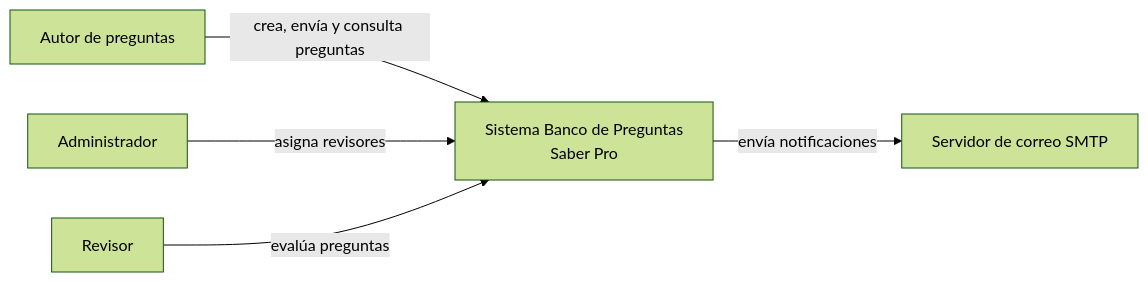
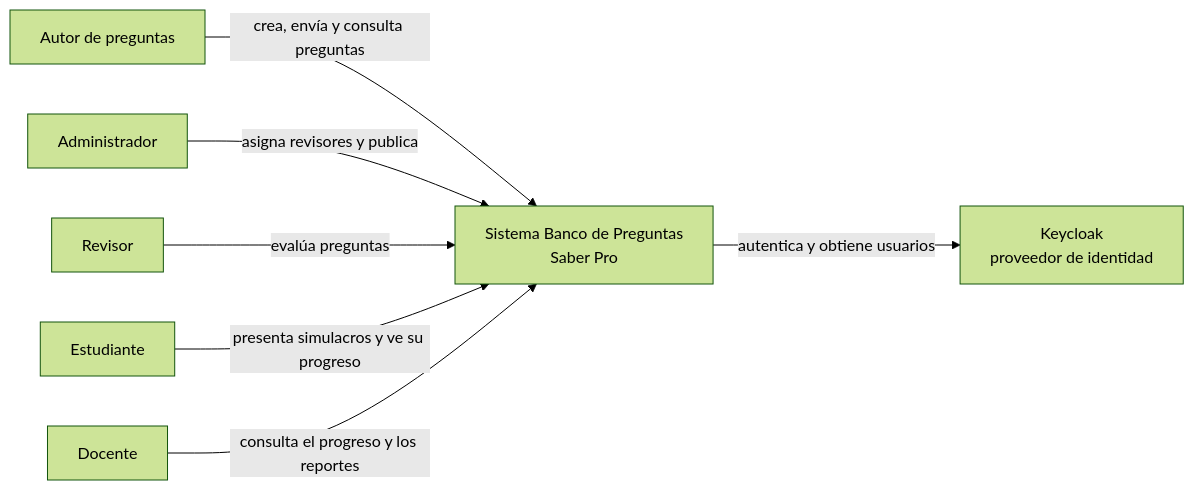
Before and after one commit to DVLASZ/banco-preguntas-saberpro: the first of 27 diagrams in docs/corte-2/03-arquitectura-c4-uml.md, drawn with Mermaid (forest theme). The commit also changed other lines of this file and 83 other files, not shown here.

Commit message:
Documentación de la arquitectura de 14 servicios: historias, contextos y eventos, C4, patrones y prototipos, con todos los diagramas

````diff
--- a/docs/corte-2/03-arquitectura-c4-uml.md
+++ b/docs/corte-2/03-arquitectura-c4-uml.md
@@ -13,12 +22,16 @@
 ```mermaid
 flowchart LR
   AUT["Autor de preguntas"]
   ADM["Administrador"]
   REV["Revisor"]
+  EST["Estudiante"]
+  DOC["Docente"]
   SYS["Sistema Banco de Preguntas<br/>Saber Pro"]
-  MAIL["Servidor de correo SMTP"]
+  KC["Keycloak<br/>proveedor de identidad"]
   AUT -- "crea, envía y consulta preguntas" --> SYS
-  ADM -- "asigna revisores" --> SYS
+  ADM -- "asigna revisores y publica" --> SYS
   REV -- "evalúa preguntas" --> SYS
-  SYS -- "envía notificaciones" --> MAIL
+  EST -- "presenta simulacros y ve su progreso" --> SYS
+  DOC -- "consulta el progreso y los reportes" --> SYS
+  SYS -- "autentica y obtiene usuarios" --> KC
 ```
````
